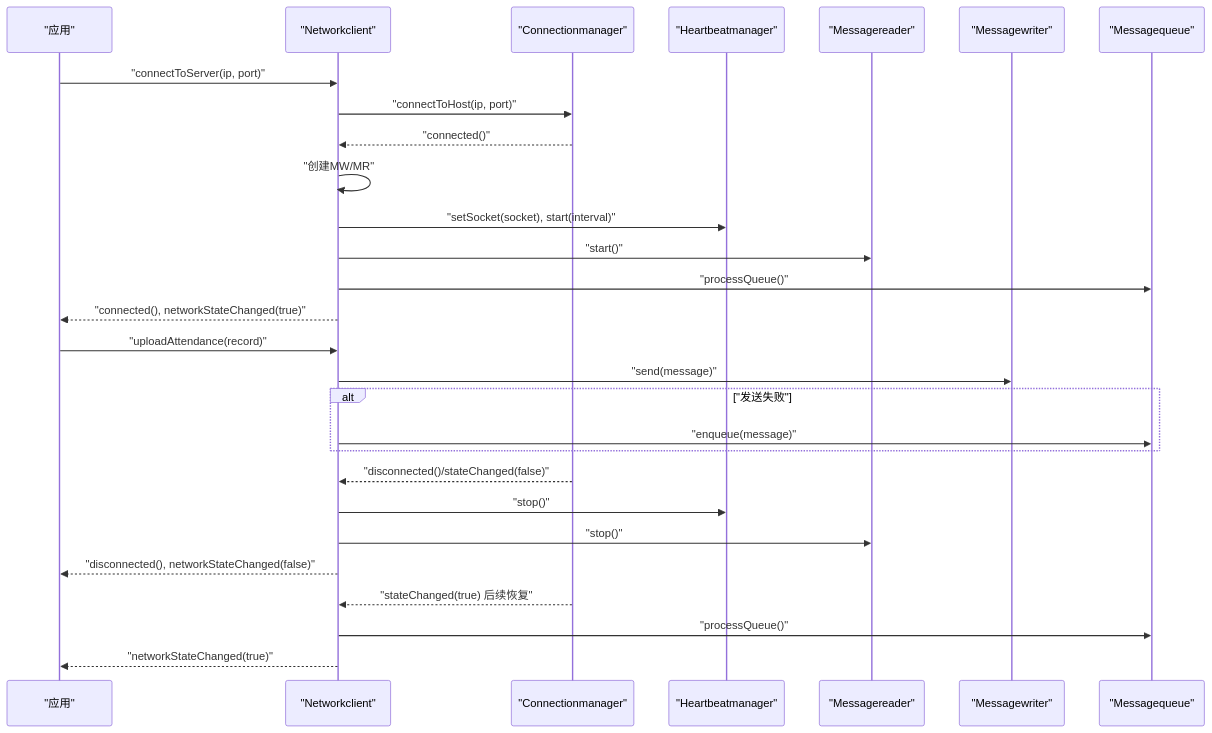
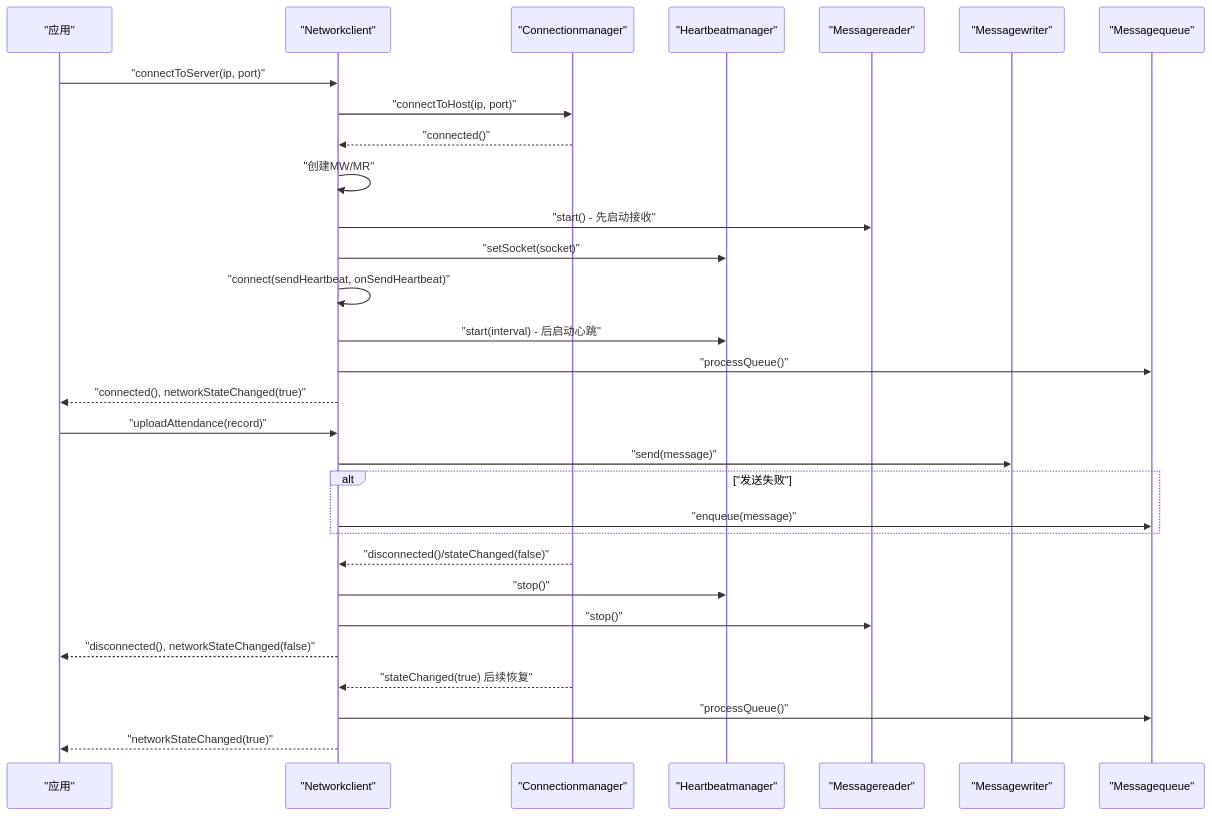
One commit to HeQiTZD/Triple-terminal-Attendance-Punching-System changed the second of 10 diagrams in .qoder/repowiki/zh/content/核心模块/网络客户端模块/网络客户端核心.md. Above: the diagram before and after it, drawn with Mermaid. The commit also changed other lines of this file and 18 other files, not shown here.

````diff
--- a/.qoder/repowiki/zh/content/核心模块/网络客户端模块/网络客户端核心.md
+++ b/.qoder/repowiki/zh/content/核心模块/网络客户端模块/网络客户端核心.md
@@ -123,30 +127,32 @@
 ```mermaid
 sequenceDiagram
 participant App as "应用"
 participant NC as "Networkclient"
 participant CM as "Connectionmanager"
 participant HM as "Heartbeatmanager"
 participant MR as "Messagereader"
 participant MW as "Messagewriter"
 participant MQ as "Messagequeue"
 App->>NC : "connectToServer(ip, port)"
 NC->>CM : "connectToHost(ip, port)"
 CM-->>NC : "connected()"
 NC->>NC : "创建MW/MR"
-NC->>HM : "setSocket(socket), start(interval)"
-NC->>MR : "start()"
+NC->>MR : "start() - 先启动接收"
+NC->>HM : "setSocket(socket)"
+NC->>NC : "connect(sendHeartbeat, onSendHeartbeat)"
+NC->>HM : "start(interval) - 后启动心跳"
 NC->>MQ : "processQueue()"
 NC-->>App : "connected(), networkStateChanged(true)"
 App->>NC : "uploadAttendance(record)"
 NC->>MW : "send(message)"
 alt "发送失败"
 NC->>MQ : "enqueue(message)"
 end
 CM-->>NC : "disconnected()/stateChanged(false)"
 NC->>HM : "stop()"
 NC->>MR : "stop()"
 NC-->>App : "disconnected(), networkStateChanged(false)"
 CM-->>NC : "stateChanged(true) 后续恢复"
 NC->>MQ : "processQueue()"
 NC-->>App : "networkStateChanged(true)"
 ```
````
